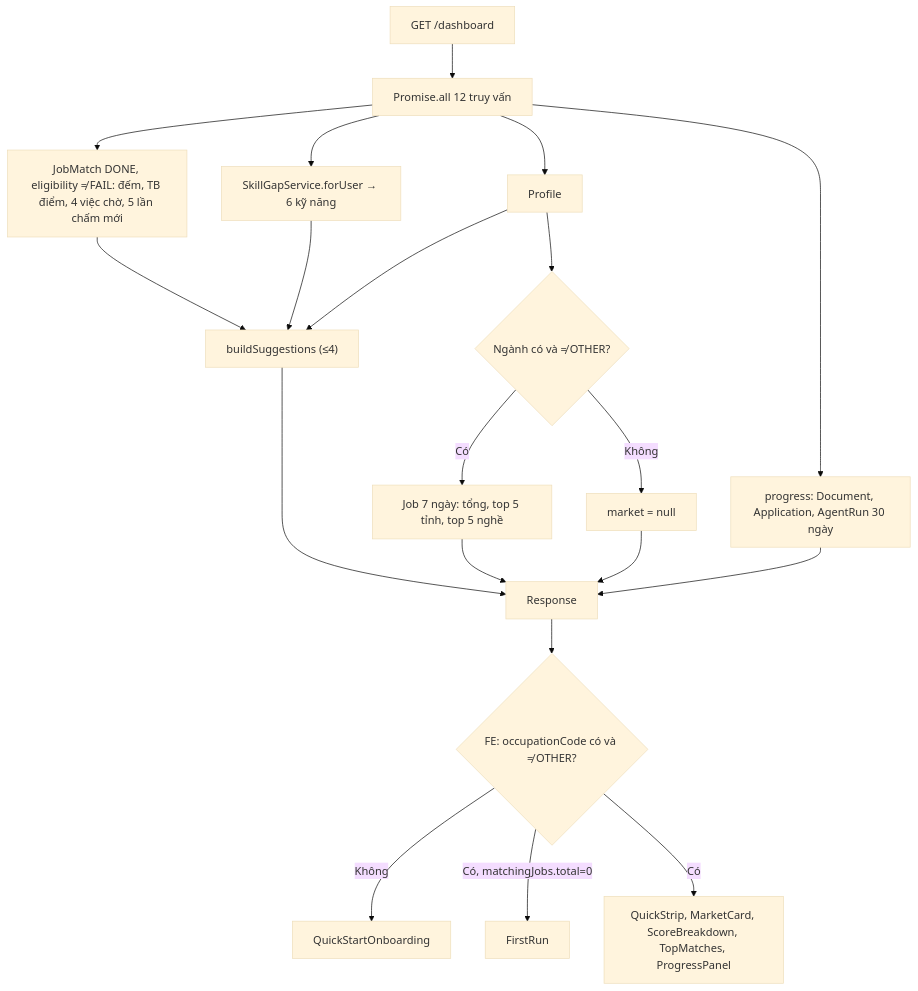
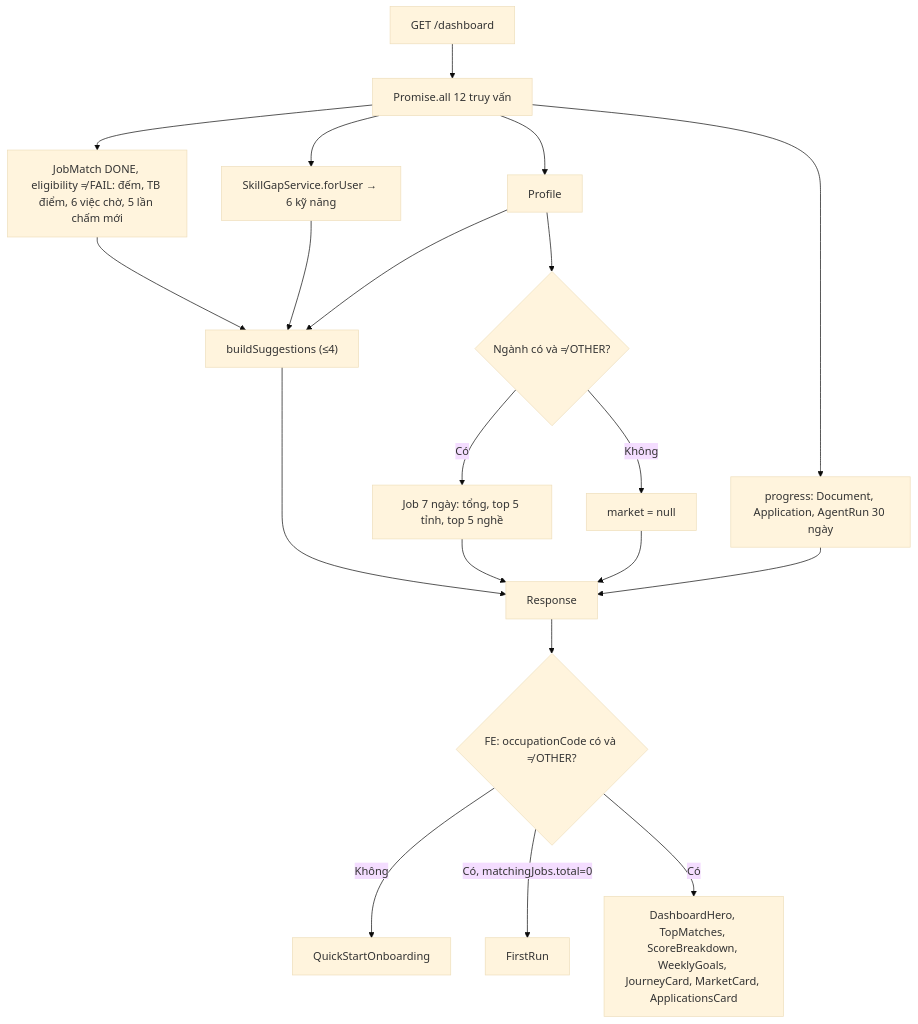
The first of 2 diagrams in docs/business-flows/modules/dashboard.md (BuiThienHoang221204/ai-job-search), drawn with Mermaid (base theme) before and after one commit. The commit also changed other lines of this file and 3 other files, not shown here.

Commit message:
feat(dashboard): return up to 6 pending matches for the redesigned overview

````diff
--- a/docs/business-flows/modules/dashboard.md
+++ b/docs/business-flows/modules/dashboard.md
@@ -78,22 +78,22 @@
 ```mermaid
 flowchart TD
     A["GET /dashboard"] --> P["Promise.all 12 truy vấn"]
     P --> PR["Profile"]
-    P --> JM["JobMatch DONE, eligibility ≠ FAIL: đếm, TB điểm, 4 việc chờ, 5 lần chấm mới"]
+    P --> JM["JobMatch DONE, eligibility ≠ FAIL: đếm, TB điểm, 6 việc chờ, 5 lần chấm mới"]
     P --> PG["progress: Document, Application, AgentRun 30 ngày"]
     P --> SG["SkillGapService.forUser → 6 kỹ năng"]
     PR --> MK{"Ngành có và ≠ OTHER?"}
     MK -- "Có" --> MQ["Job 7 ngày: tổng, top 5 tỉnh, top 5 nghề"]
     MK -- "Không" --> MN["market = null"]
     JM --> BS["buildSuggestions (≤4)"]
     SG --> BS
     PR --> BS
     BS --> R["Response"]
     MQ --> R
     MN --> R
     PG --> R
     R --> FE{"FE: occupationCode có và ≠ OTHER?"}
     FE -- "Không" --> OB["QuickStartOnboarding"]
     FE -- "Có, matchingJobs.total=0" --> FR["FirstRun"]
-    FE -- "Có" --> DV["QuickStrip, MarketCard, ScoreBreakdown, TopMatches, ProgressPanel"]
+    FE -- "Có" --> DV["DashboardHero, TopMatches, ScoreBreakdown, WeeklyGoals, JourneyCard, MarketCard, ApplicationsCard"]
 ```
````
